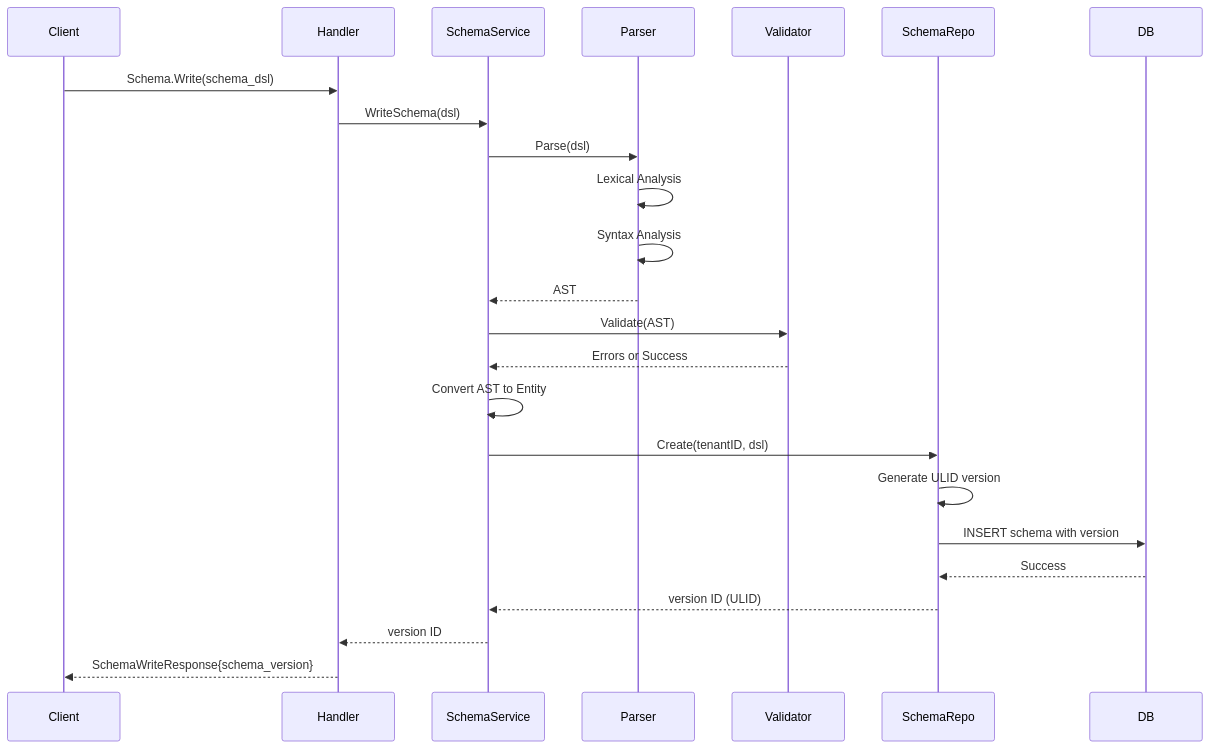
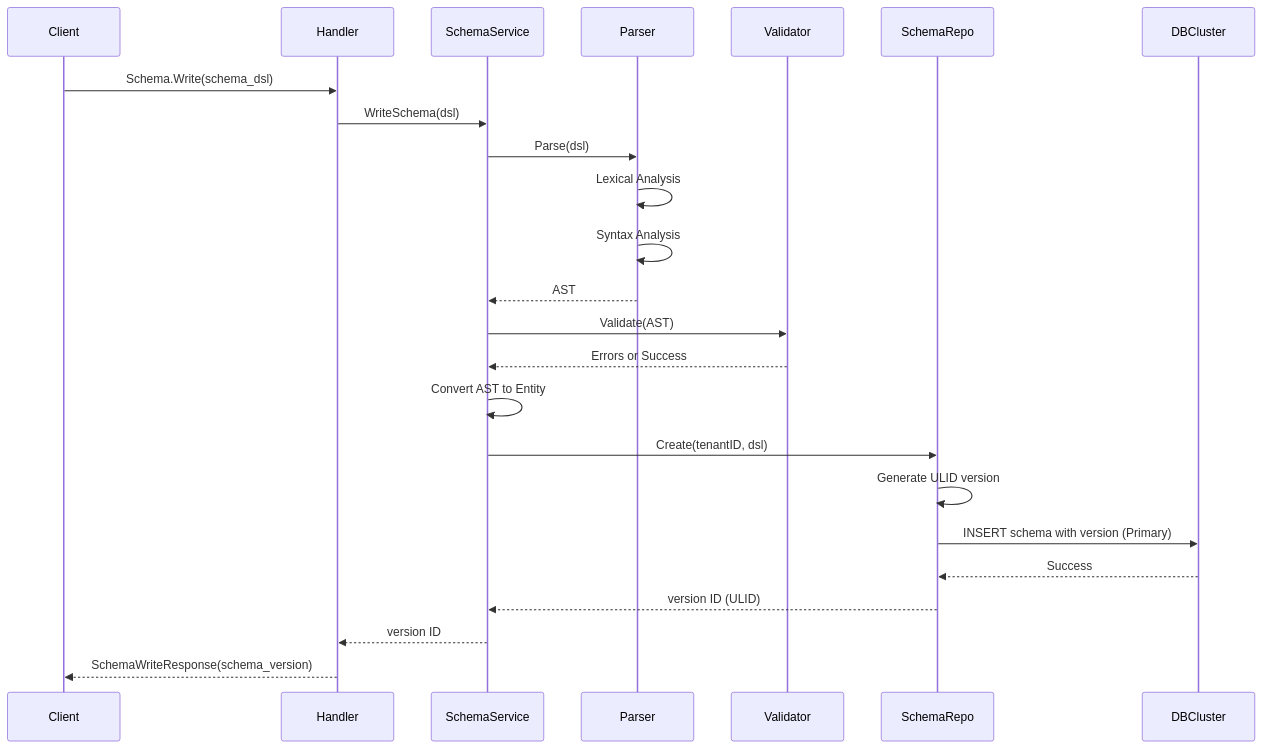
One commit to asakaida/keruberosu changed the eighth of 15 diagrams in docs/ARCHITECTURE.md. Above: the diagram before and after it, drawn with Mermaid. The commit also changed other lines of this file and 3 other files, not shown here.

````diff
--- a/docs/ARCHITECTURE.md
+++ b/docs/ARCHITECTURE.md
@@ -440,27 +470,27 @@
 ```mermaid
 sequenceDiagram
     participant Client
     participant Handler
     participant SchemaService
     participant Parser
     participant Validator
     participant SchemaRepo
-    participant DB
+    participant DBCluster
 
     Client->>Handler: Schema.Write(schema_dsl)
     Handler->>SchemaService: WriteSchema(dsl)
     SchemaService->>Parser: Parse(dsl)
     Parser->>Parser: Lexical Analysis
     Parser->>Parser: Syntax Analysis
     Parser-->>SchemaService: AST
     SchemaService->>Validator: Validate(AST)
     Validator-->>SchemaService: Errors or Success
     SchemaService->>SchemaService: Convert AST to Entity
     SchemaService->>SchemaRepo: Create(tenantID, dsl)
     SchemaRepo->>SchemaRepo: Generate ULID version
-    SchemaRepo->>DB: INSERT schema with version
-    DB-->>SchemaRepo: Success
+    SchemaRepo->>DBCluster: INSERT schema with version (Primary)
+    DBCluster-->>SchemaRepo: Success
     SchemaRepo-->>SchemaService: version ID (ULID)
     SchemaService-->>Handler: version ID
-    Handler-->>Client: SchemaWriteResponse{schema_version}
+    Handler-->>Client: SchemaWriteResponse(schema_version)
 ```
````
